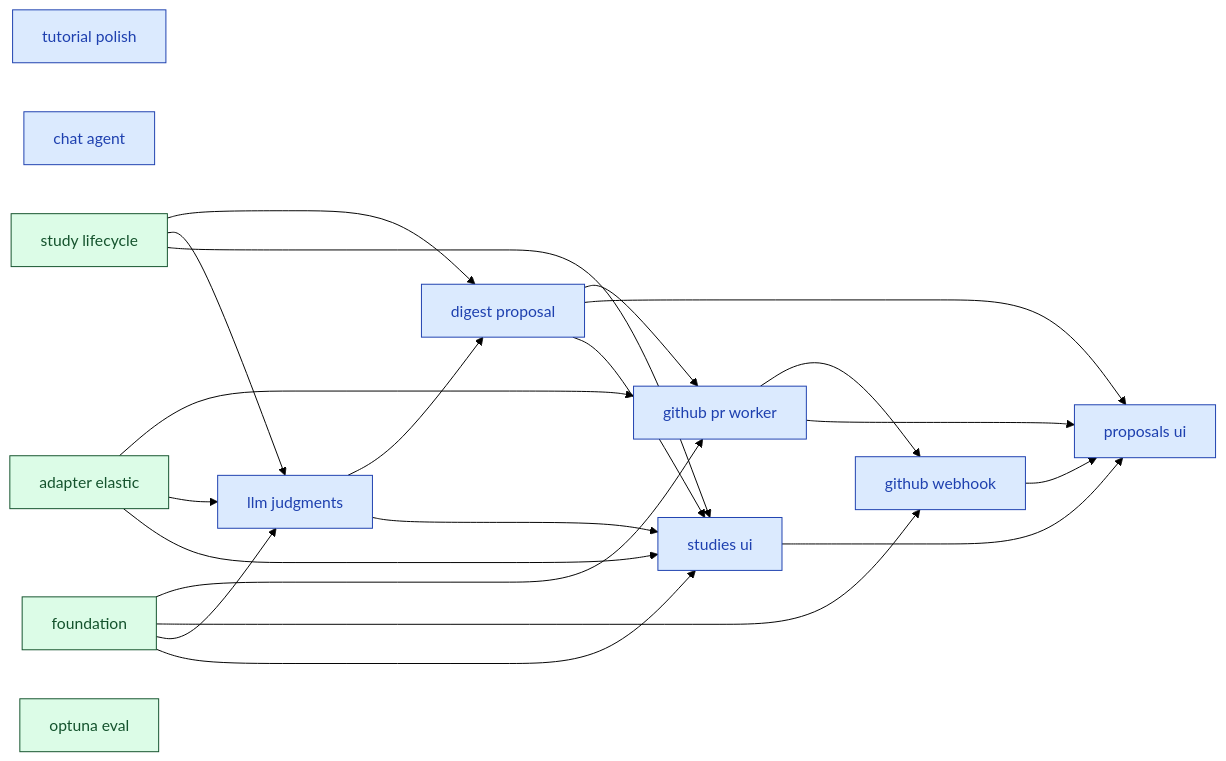
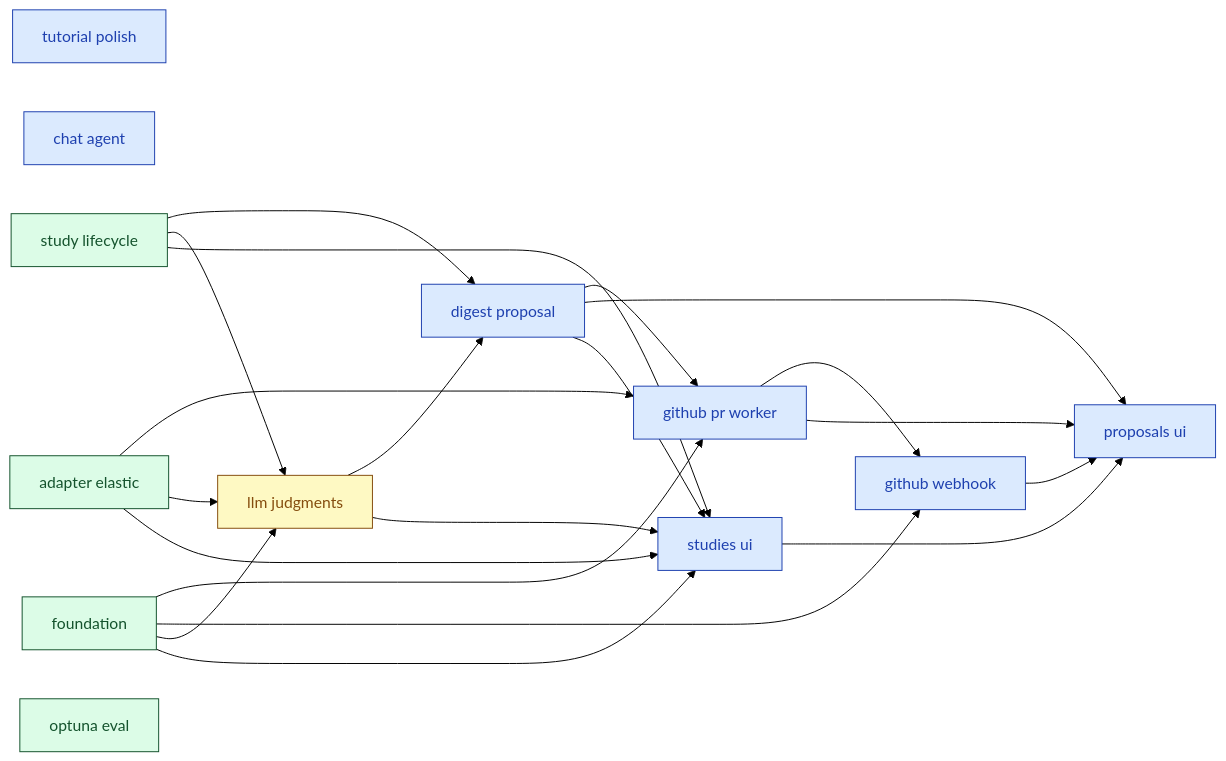
The diagram in docs/00_overview/MVP1_DASHBOARD.md (SoundMindsAI/relyloop), drawn with Mermaid (forest theme) before and after one commit. The commit also changed other lines of this file and 54 other files, not shown here.

First line of the commit message:
feat(judgments): LLM-as-judge worker + 7 API endpoints (feat_llm_judgments) (#35)

````diff
--- a/docs/00_overview/MVP1_DASHBOARD.md
+++ b/docs/00_overview/MVP1_DASHBOARD.md
@@ -70,51 +75,51 @@
 ```mermaid
 graph LR
   classDef done fill:#dcfce7,stroke:#14532d,color:#14532d;
   classDef implement fill:#ffedd5,stroke:#9a3412,color:#9a3412;
   classDef plan fill:#fef9c3,stroke:#854d0e,color:#854d0e;
   classDef spec fill:#dbeafe,stroke:#1e40af,color:#1e40af;
   classDef idea fill:#f1f5f9,stroke:#334155,color:#334155;
   chore_tutorial_polish["tutorial polish"]
   class chore_tutorial_polish spec;
   feat_chat_agent["chat agent"]
   class feat_chat_agent spec;
   feat_digest_proposal["digest proposal"]
   class feat_digest_proposal spec;
   feat_github_pr_worker["github pr worker"]
   class feat_github_pr_worker spec;
   feat_github_webhook["github webhook"]
   class feat_github_webhook spec;
   feat_llm_judgments["llm judgments"]
-  class feat_llm_judgments spec;
+  class feat_llm_judgments plan;
   feat_proposals_ui["proposals ui"]
   class feat_proposals_ui spec;
   feat_studies_ui["studies ui"]
   class feat_studies_ui spec;
   infra_foundation["foundation"]
   class infra_foundation done;
   feat_study_lifecycle["study lifecycle"]
   class feat_study_lifecycle done;
   infra_adapter_elastic["adapter elastic"]
   class infra_adapter_elastic done;
   infra_optuna_eval["optuna eval"]
   class infra_optuna_eval done;
   feat_study_lifecycle --> feat_digest_proposal
   feat_llm_judgments --> feat_digest_proposal
   infra_foundation --> feat_github_pr_worker
   infra_adapter_elastic --> feat_github_pr_worker
   feat_digest_proposal --> feat_github_pr_worker
   infra_foundation --> feat_github_webhook
   feat_github_pr_worker --> feat_github_webhook
   infra_foundation --> feat_llm_judgments
   infra_adapter_elastic --> feat_llm_judgments
   feat_study_lifecycle --> feat_llm_judgments
   feat_studies_ui --> feat_proposals_ui
   feat_digest_proposal --> feat_proposals_ui
   feat_github_pr_worker --> feat_proposals_ui
   feat_github_webhook --> feat_proposals_ui
   infra_foundation --> feat_studies_ui
   feat_study_lifecycle --> feat_studies_ui
   feat_digest_proposal --> feat_studies_ui
   feat_llm_judgments --> feat_studies_ui
   infra_adapter_elastic --> feat_studies_ui
 ```
````
